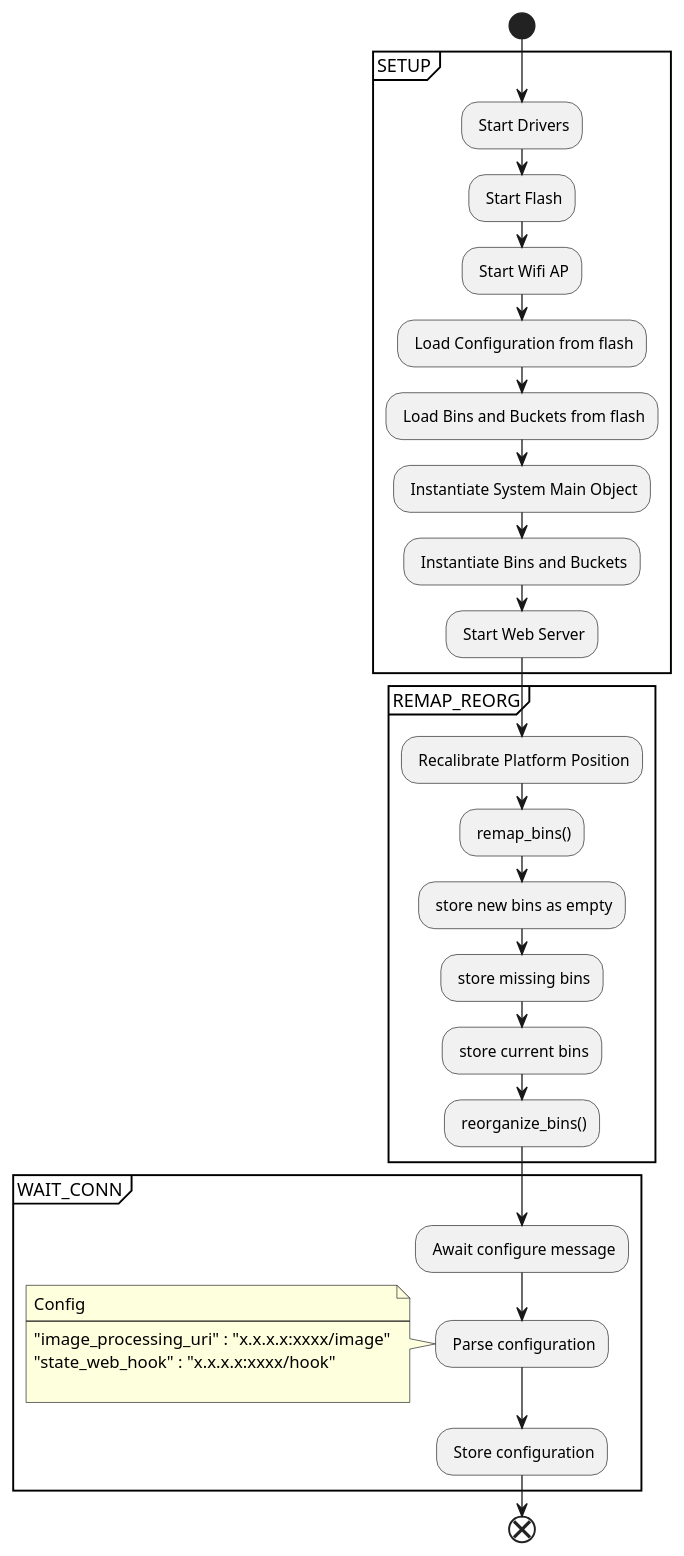
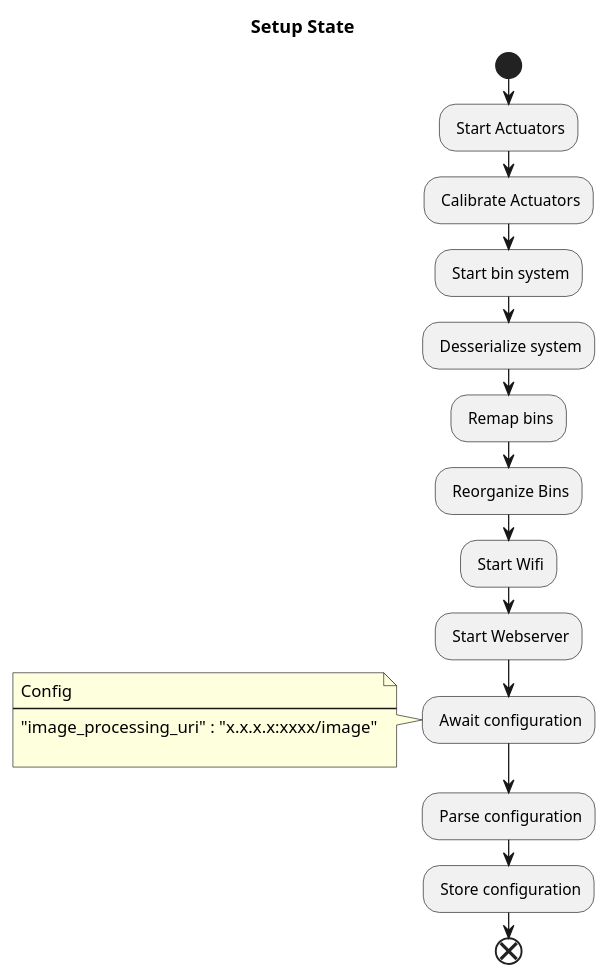
Before and after one commit to walger-lucas/SPARtS: the diagram in docs/Design/EmbeddedSoftware/setup_state.plantuml, drawn with PlantUML. The commit also changed 46 other files, not shown here.

```diff
--- a/docs/Design/EmbeddedSoftware/setup_state.plantuml
+++ b/docs/Design/EmbeddedSoftware/setup_state.plantuml
@@ -1,36 +1,23 @@
 @startuml SETUP
+title Setup State
 start
-group SETUP {
-: Start Drivers;
-: Start Flash; 
-: Start Wifi AP;
-: Load Configuration from flash;
-: Load Bins and Buckets from flash;
-: Instantiate System Main Object;
-: Instantiate Bins and Buckets;
-: Start Web Server;
-}
-group REMAP_REORG {
-: Recalibrate Platform Position;
-: remap_bins();
-: store new bins as empty;
-: store missing bins;
-: store current bins;
-: reorganize_bins();
-}
-group WAIT_CONN {
-: Await configure message;
-: Parse configuration;
-
+: Start Actuators;
+: Calibrate Actuators;
+: Start bin system;
+: Desserialize system;
+: Remap bins;
+: Reorganize Bins;
+: Start Wifi;
+: Start Webserver;
+: Await configuration;
 note
         Config
         ----
         "image_processing_uri" : "x.x.x.x:xxxx/image"
-        "state_web_hook" : "x.x.x.x:xxxx/hook"
         
 end note
+: Parse configuration;
+: Store configuration;
 
-: Store configuration;
-}
 end
 @enduml
```
